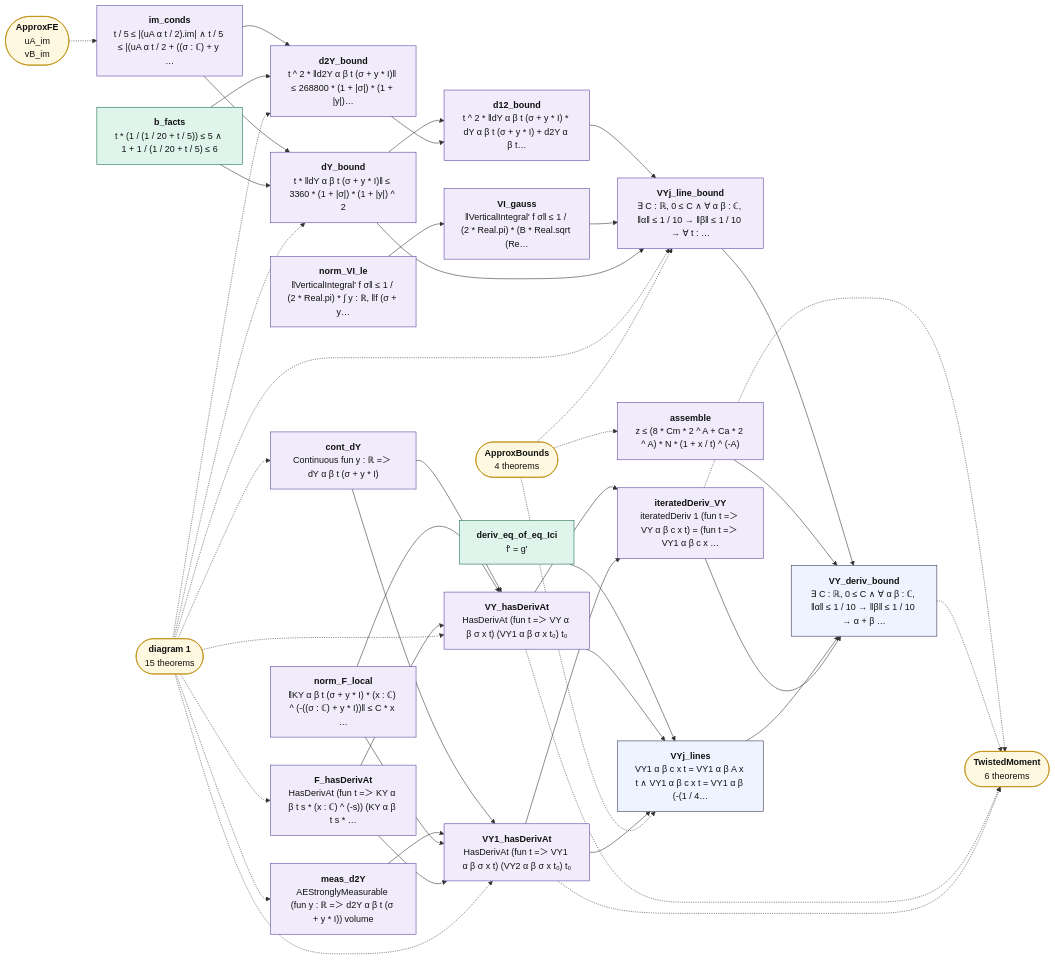
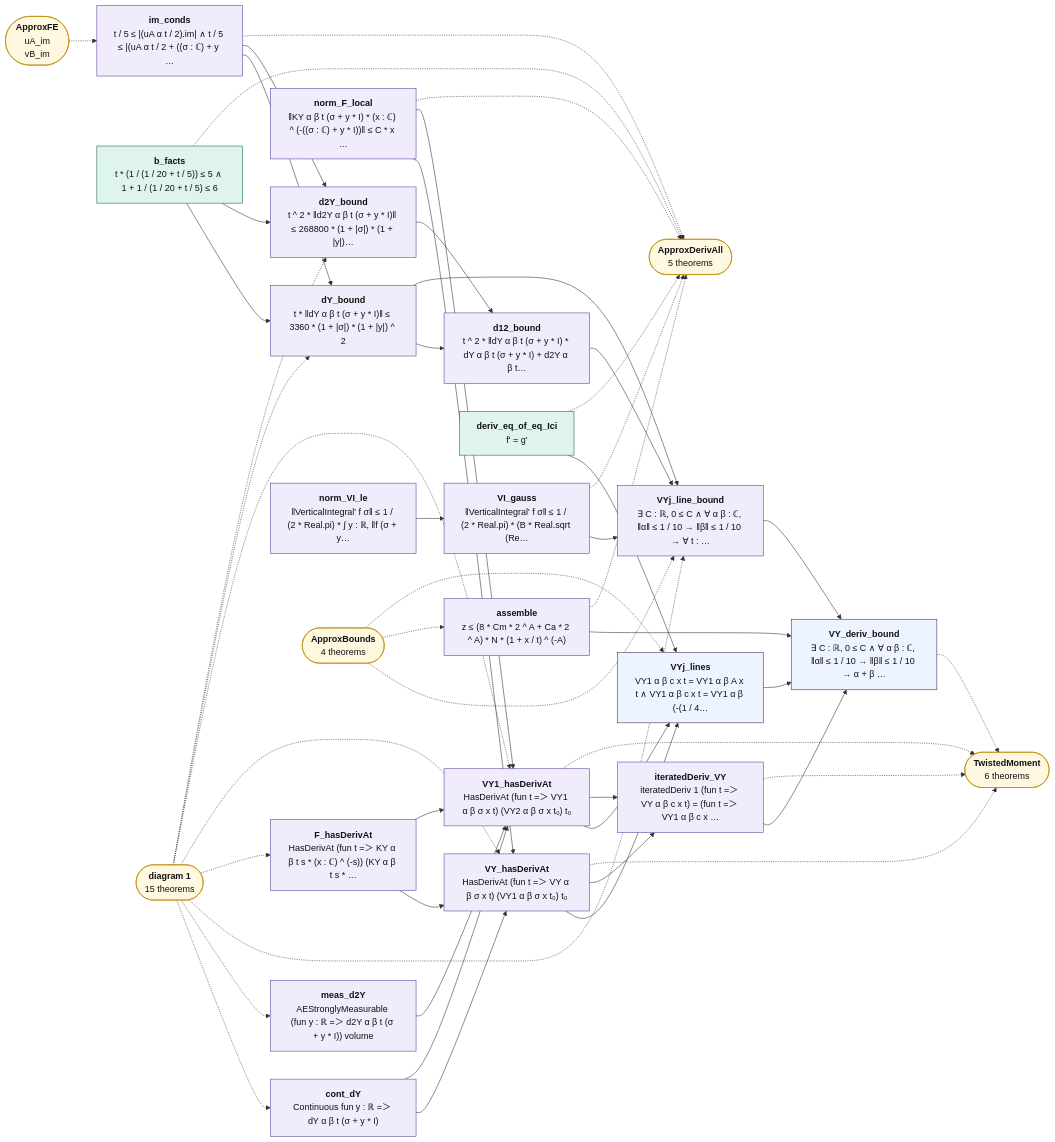
One commit to juliansambranojr/Primebeat_081426 changed the diagram in map/lean_stage3/ApproxDeriv.2.mmd. Above: the diagram before and after it, drawn with Mermaid. The commit also changed 25 other files, not shown here.

```diff
--- a/map/lean_stage3/ApproxDeriv.2.mmd
+++ b/map/lean_stage3/ApproxDeriv.2.mmd
@@ -1,74 +1,81 @@
 flowchart LR
   n0["<b>cont_dY</b><br/>Continuous fun y : ℝ =＞ dY α β t (σ + y * I)"]:::shp
   n1["<b>meas_d2Y</b><br/>AEStronglyMeasurable (fun y : ℝ =＞ d2Y α β t (σ + y * I)) volume"]:::shp
   n2["<b>norm_F_local</b><br/>‖KY α β t (σ + y * I) * (x : ℂ) ^ (-((σ : ℂ) + y * I))‖ ≤ C * x …"]:::shp
   n3["<b>F_hasDerivAt</b><br/>HasDerivAt (fun t =＞ KY α β t s * (x : ℂ) ^ (-s)) (KY α β t s * …"]:::shp
   n4["<b>VY_hasDerivAt</b><br/>HasDerivAt (fun t =＞ VY α β σ x t) (VY1 α β σ x t₀) t₀"]:::shp
   n5["<b>VY1_hasDerivAt</b><br/>HasDerivAt (fun t =＞ VY1 α β σ x t) (VY2 α β σ x t₀) t₀"]:::shp
   n6["<b>im_conds</b><br/>t / 5 ≤ |(uA α t / 2).im| ∧ t / 5 ≤ |(uA α t / 2 + ((σ : ℂ) + y …"]:::shp
   n7["<b>b_facts</b><br/>t * (1 / (1 / 20 + t / 5)) ≤ 5 ∧ 1 + 1 / (1 / 20 + t / 5) ≤ 6"]:::cnt
   n8["<b>dY_bound</b><br/>t * ‖dY α β t (σ + y * I)‖ ≤ 3360 * (1 + |σ|) * (1 + |y|) ^ 2"]:::shp
   n9["<b>d2Y_bound</b><br/>t ^ 2 * ‖d2Y α β t (σ + y * I)‖ ≤ 268800 * (1 + |σ|) * (1 + |y|)…"]:::shp
   n10["<b>d12_bound</b><br/>t ^ 2 * ‖dY α β t (σ + y * I) * dY α β t (σ + y * I) + d2Y α β t…"]:::shp
   n11["<b>norm_VI_le</b><br/>‖VerticalIntegral' f σ‖ ≤ 1 / (2 * Real.pi) * ∫ y : ℝ, ‖f (σ + y…"]:::shp
   n12["<b>VI_gauss</b><br/>‖VerticalIntegral' f σ‖ ≤ 1 / (2 * Real.pi) * (B * Real.sqrt (Re…"]:::shp
   n13["<b>VYj_line_bound</b><br/>∃ C : ℝ, 0 ≤ C ∧ ∀ α β : ℂ, ‖α‖ ≤ 1 / 10 → ‖β‖ ≤ 1 / 10 → ∀ t : …"]:::shp
   n14["<b>assemble</b><br/>z ≤ (8 * Cm * 2 ^ A + Ca * 2 ^ A) * N * (1 + x / t) ^ (-A)"]:::shp
   n15["<b>deriv_eq_of_eq_Ici</b><br/>f' = g'"]:::cnt
   n16["<b>VYj_lines</b><br/>VY1 α β c x t = VY1 α β A x t ∧ VY1 α β c x t = VY1 α β (-(1 / 4…"]:::thm
   n17["<b>iteratedDeriv_VY</b><br/>iteratedDeriv 1 (fun t =＞ VY α β c x t) = (fun t =＞ VY1 α β c x …"]:::shp
   n18["<b>VY_deriv_bound</b><br/>∃ C : ℝ, 0 ≤ C ∧ ∀ α β : ℂ, ‖α‖ ≤ 1 / 10 → ‖β‖ ≤ 1 / 10 → α + β …"]:::thm
   x0(["<b>diagram 1</b><br/>15 theorems"]):::ext
-  x1(["<b>TwistedMoment</b><br/>6 theorems"]):::ext
-  x2(["<b>ApproxFE</b><br/>uA_im<br/>vB_im"]):::ext
-  x3(["<b>ApproxBounds</b><br/>4 theorems"]):::ext
+  x1(["<b>ApproxDerivAll</b><br/>5 theorems"]):::ext
+  x2(["<b>TwistedMoment</b><br/>6 theorems"]):::ext
+  x3(["<b>ApproxFE</b><br/>uA_im<br/>vB_im"]):::ext
+  x4(["<b>ApproxBounds</b><br/>4 theorems"]):::ext
   n0 --> n4
   n0 --> n5
   n1 --> n5
   n10 --> n13
   n11 --> n12
   n12 --> n13
   n13 --> n18
   n14 --> n18
   n15 --> n16
   n16 --> n18
   n17 --> n18
   n2 --> n4
   n2 --> n5
   n3 --> n4
   n3 --> n5
   n4 --> n16
   n4 --> n17
   n5 --> n16
   n5 --> n17
   n6 --> n8
   n6 --> n9
   n7 --> n8
   n7 --> n9
   n8 --> n10
   n8 --> n13
   n9 --> n10
-  n17 -.-> x1
-  n18 -.-> x1
-  n4 -.-> x1
-  n5 -.-> x1
+  n12 -.-> x1
+  n14 -.-> x1
+  n15 -.-> x1
+  n17 -.-> x2
+  n18 -.-> x2
+  n2 -.-> x1
+  n4 -.-> x2
+  n5 -.-> x2
+  n6 -.-> x1
+  n7 -.-> x1
   x0 -.-> n0
   x0 -.-> n1
   x0 -.-> n13
   x0 -.-> n3
   x0 -.-> n4
   x0 -.-> n5
   x0 -.-> n8
   x0 -.-> n9
-  x2 -.-> n6
-  x3 -.-> n13
-  x3 -.-> n14
-  x3 -.-> n16
+  x3 -.-> n6
+  x4 -.-> n13
+  x4 -.-> n14
+  x4 -.-> n16
   classDef cnt fill:#dff5ec,stroke:#17694a,color:#111
   classDef shp fill:#f1ecfb,stroke:#5b3fa0,color:#111
   classDef rh fill:#ffe5e5,stroke:#c22,color:#111,stroke-width:2px
   classDef thm fill:#eef4ff,stroke:#335,color:#111
   classDef end_ fill:#e7f7e7,stroke:#2a7,color:#111,stroke-width:2px
   classDef lone fill:#fff,stroke:#999,color:#111,stroke-dasharray:4 3
   classDef bad fill:#ffe5e5,stroke:#c22,color:#111,stroke-width:2px
   classDef ext fill:#fff8e1,stroke:#b80,color:#111
```
